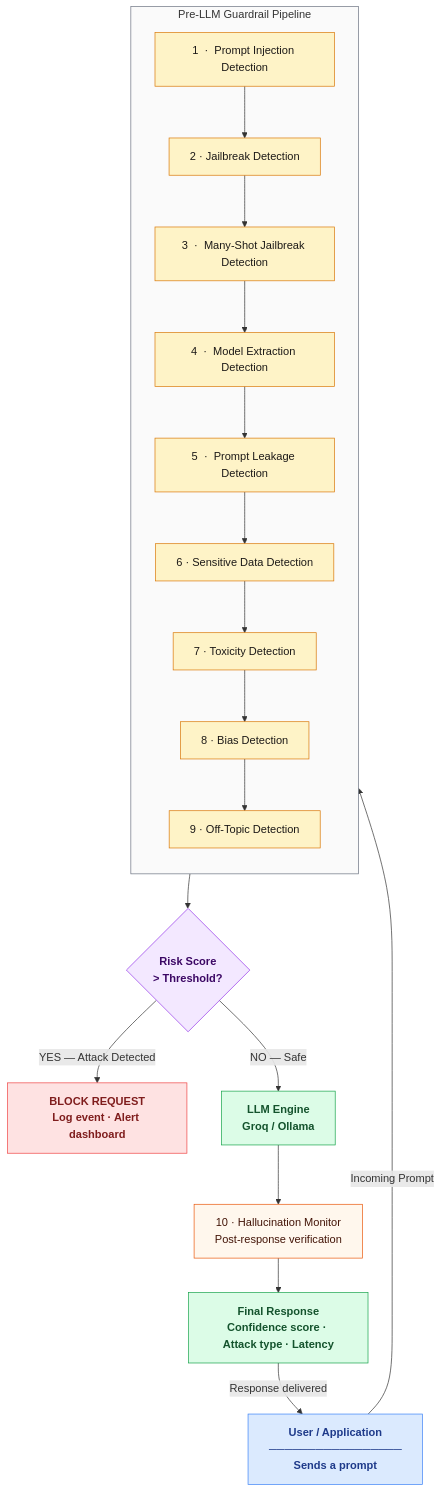
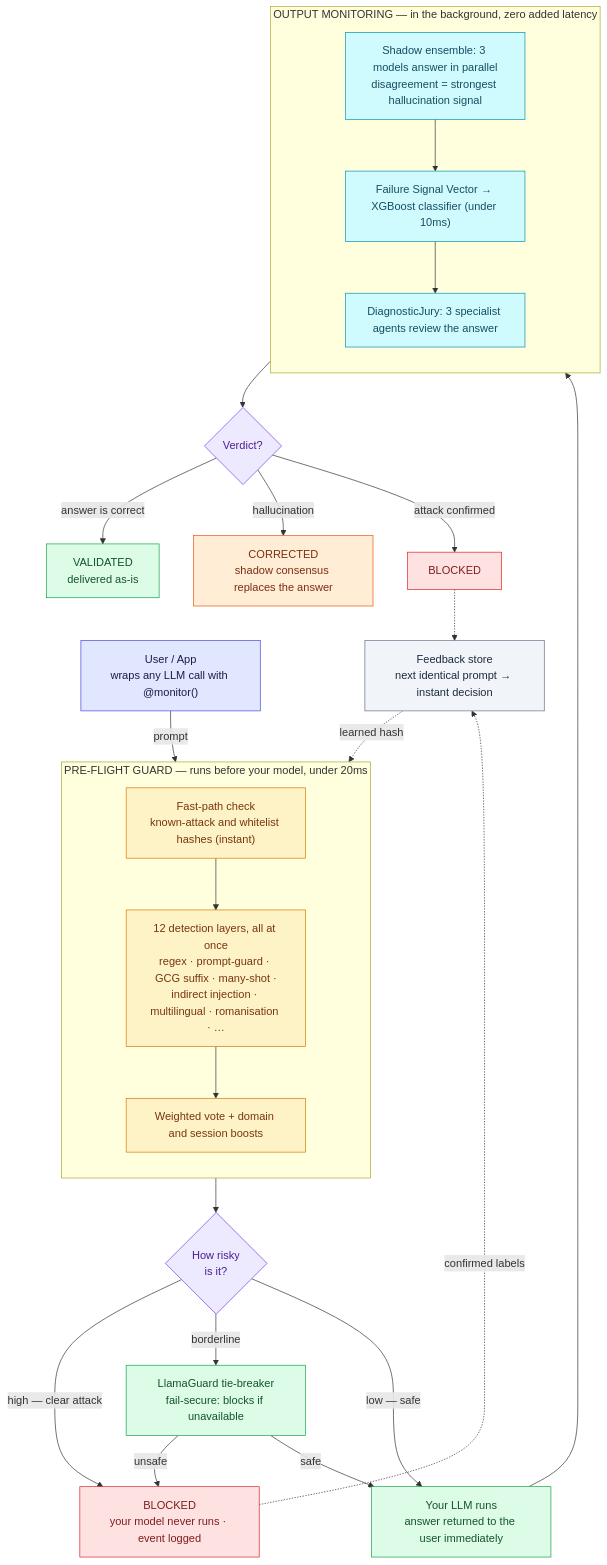
One commit to AyushSingh110/Failure_Intelligence_System changed the diagram in docs/architecture_diagram.md. Above: the diagram before and after it, drawn with Mermaid. The commit also changed other lines of this file and 8 other files, not shown here.

````diff
--- a/docs/architecture_diagram.md
+++ b/docs/architecture_diagram.md
@@ -5,47 +7,58 @@
 ```mermaid
 flowchart TD
-    A["User / Application\n─────────────────\nSends a prompt"]
+    U["User / App<br/>wraps any LLM call with @monitor()"]
+    U -->|prompt| FP
 
-    A -->|Incoming Prompt| P1
-
-    subgraph PIPE ["  Pre-LLM Guardrail Pipeline  "]
+    subgraph GUARD["PRE-FLIGHT GUARD — runs before your model, under 20ms"]
         direction TB
-        P1["1  ·  Prompt Injection Detection"]
-        P2["2  ·  Jailbreak Detection"]
-        P3["3  ·  Many-Shot Jailbreak Detection"]
-        P4["4  ·  Model Extraction Detection"]
-        P5["5  ·  Prompt Leakage Detection"]
-        P6["6  ·  Sensitive Data Detection"]
-        P7["7  ·  Toxicity Detection"]
-        P8["8  ·  Bias Detection"]
-        P9["9  ·  Off-Topic Detection"]
-        P1 --> P2 --> P3 --> P4 --> P5 --> P6 --> P7 --> P8 --> P9
+        FP["Fast-path check<br/>known-attack and whitelist hashes (instant)"]
+        L["12 detection layers, all at once<br/>regex · prompt-guard · GCG suffix · many-shot ·<br/>indirect injection · multilingual · romanisation · …"]
+        AGG["Weighted vote + domain and session boosts"]
+        FP --> L --> AGG
     end
 
-    P9 --> GATE{"Risk Score\n> Threshold?"}
+    AGG --> ROUTE{"How risky<br/>is it?"}
+    ROUTE -->|"high — clear attack"| BLOCK["BLOCKED<br/>your model never runs · event logged"]
+    ROUTE -->|"borderline"| LG["LlamaGuard tie-breaker<br/>fail-secure: blocks if unavailable"]
+    ROUTE -->|"low — safe"| LLM
+    LG -->|unsafe| BLOCK
+    LG -->|safe| LLM
 
-    GATE -->|"YES  —  Attack Detected"| BLOCK["BLOCK REQUEST\nLog event · Alert dashboard"]
-    GATE -->|"NO  —  Safe"| LLM["LLM Engine\nGroq  /  Ollama"]
+    LLM["Your LLM runs<br/>answer returned to the user immediately"]
+    LLM --> MON
 
-    LLM --> HAL["10  ·  Hallucination Monitor\nPost-response verification"]
-    HAL --> OUT["Final Response\nConfidence score · Attack type · Latency"]
-    OUT -->|Response delivered| A
+    subgraph MON["OUTPUT MONITORING — in the background, zero added latency"]
+        direction TB
+        SHADOW["Shadow ensemble: 3 models answer in parallel<br/>disagreement = strongest hallucination signal"]
+        FSV["Failure Signal Vector → XGBoost classifier (under 10ms)"]
+        JURY["DiagnosticJury: 3 specialist agents review the answer"]
+        SHADOW --> FSV --> JURY
+    end
 
-    %% Colours
-    style A    fill:#dbeafe,stroke:#3b82f6,color:#1e3a8a,font-weight:bold
-    style PIPE fill:#fafafa,stroke:#6b7280
-    style P1   fill:#fef3c7,stroke:#d97706,color:#1c1917
-    style P2   fill:#fef3c7,stroke:#d97706,color:#1c1917
-    style P3   fill:#fef3c7,stroke:#d97706,color:#1c1917
-    style P4   fill:#fef3c7,stroke:#d97706,color:#1c1917
-    style P5   fill:#fef3c7,stroke:#d97706,color:#1c1917
-    style P6   fill:#fef3c7,stroke:#d97706,color:#1c1917
-    style P7   fill:#fef3c7,stroke:#d97706,color:#1c1917
-    style P8   fill:#fef3c7,stroke:#d97706,color:#1c1917
-    style P9   fill:#fef3c7,stroke:#d97706,color:#1c1917
-    style GATE fill:#f3e8ff,stroke:#9333ea,color:#3b0764,font-weight:bold
-    style BLOCK fill:#fee2e2,stroke:#ef4444,color:#7f1d1d,font-weight:bold
-    style LLM  fill:#dcfce7,stroke:#16a34a,color:#14532d,font-weight:bold
-    style HAL  fill:#fff7ed,stroke:#ea580c,color:#431407
-    style OUT  fill:#dcfce7,stroke:#16a34a,color:#14532d,font-weight:bold
+    MON --> OUT{"Verdict?"}
+    OUT -->|"answer is correct"| VAL["VALIDATED<br/>delivered as-is"]
+    OUT -->|"hallucination"| COR["CORRECTED<br/>shadow consensus replaces the answer"]
+    OUT -->|"attack confirmed"| BLK2["BLOCKED"]
+
+    BLOCK -.confirmed labels.-> FB["Feedback store<br/>next identical prompt → instant decision"]
+    BLK2 -.-> FB
+    FB -.learned hash.-> FP
+
+    classDef user   fill:#e0e7ff,stroke:#4f46e5,color:#1e1b4b;
+    classDef guard  fill:#fef3c7,stroke:#d97706,color:#78350f;
+    classDef gate   fill:#ede9fe,stroke:#7c3aed,color:#4c1d95;
+    classDef block  fill:#fee2e2,stroke:#dc2626,color:#7f1d1d;
+    classDef safe   fill:#dcfce7,stroke:#16a34a,color:#14532d;
+    classDef mon    fill:#cffafe,stroke:#0891b2,color:#164e63;
+    classDef warn   fill:#ffedd5,stroke:#ea580c,color:#7c2d12;
+    classDef store  fill:#f1f5f9,stroke:#64748b,color:#1e293b;
+
+    class U user;
+    class FP,L,AGG guard;
+    class ROUTE,OUT gate;
+    class BLOCK,BLK2 block;
+    class LLM,LG,VAL safe;
+    class SHADOW,FSV,JURY mon;
+    class COR warn;
+    class FB store;
 ```
````
